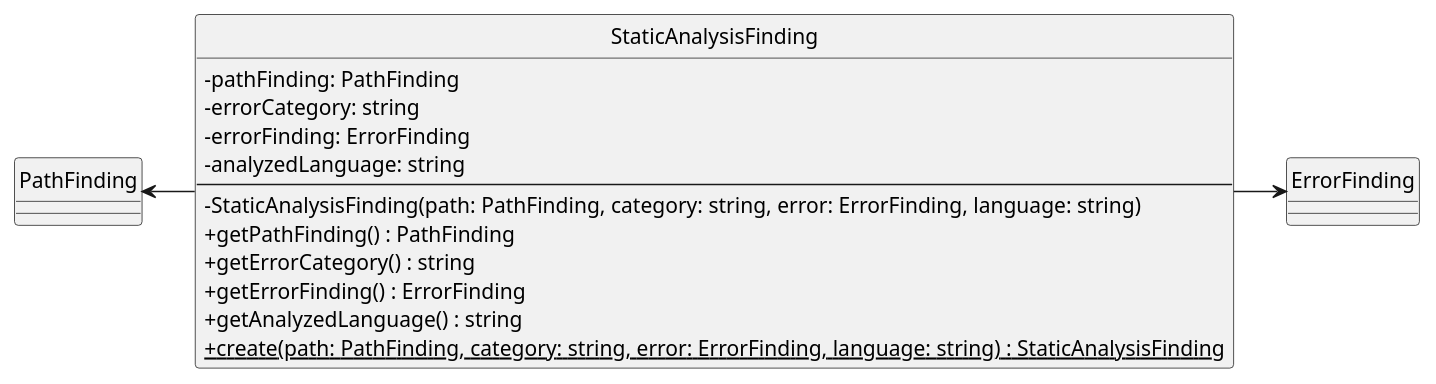
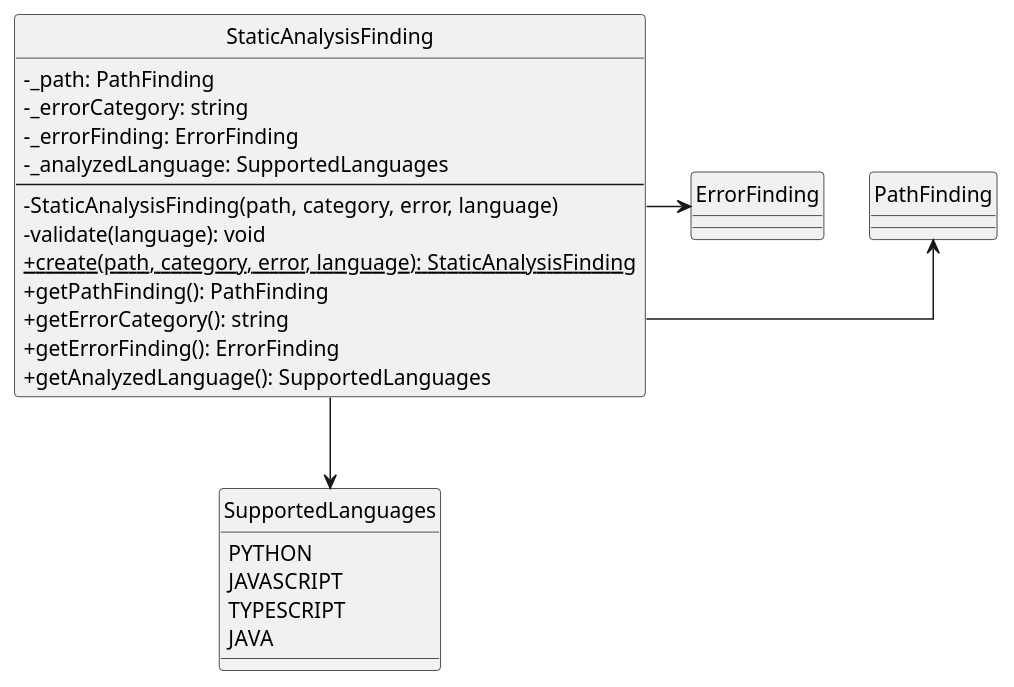
One commit to SkarabGroup/DocumentazioneProgetto changed the diagram in assets/st_diagrams/code/plantuml/analysis/domain/valueObjects/staticAnalysisFinding.vo.plantuml. Above: the diagram before and after it, drawn with PlantUML. The commit also changed 88 other files, not shown here.

```diff
--- a/assets/st_diagrams/code/plantuml/analysis/domain/valueObjects/staticAnalysisFinding.vo.plantuml
+++ b/assets/st_diagrams/code/plantuml/analysis/domain/valueObjects/staticAnalysisFinding.vo.plantuml
@@ -1,26 +1,34 @@
 @startuml StaticAnalysisFinding
-
 skinparam componentStyle uml2.5
 skinparam linetype ortho
-skinparam nodesep auto
-skinparam ranksep 70
+skinparam nodesep 30
+skinparam ranksep 30
 skinparam ClassAttributeIconSize 0
 hide circles
 
-class StaticAnalysisFinding {
-    - pathFinding: PathFinding
-    - errorCategory: string
-    - errorFinding: ErrorFinding
-    - analyzedLanguage: string
-    ---
-    - StaticAnalysisFinding(path: PathFinding, category: string, error: ErrorFinding, language: string)
-    + getPathFinding() : PathFinding
-    + getErrorCategory() : string
-    + getErrorFinding() : ErrorFinding
-    + getAnalyzedLanguage() : string
-    + {static} create(path: PathFinding, category: string, error: ErrorFinding, language: string) : StaticAnalysisFinding
+enum SupportedLanguages {
+    PYTHON
+    JAVASCRIPT
+    TYPESCRIPT
+    JAVA
 }
 
-StaticAnalysisFinding --left--> PathFinding
-StaticAnalysisFinding --right--> ErrorFinding
+class StaticAnalysisFinding {
+    - _path: PathFinding
+    - _errorCategory: string
+    - _errorFinding: ErrorFinding
+    - _analyzedLanguage: SupportedLanguages
+    ---
+    - StaticAnalysisFinding(path, category, error, language)
+    - validate(language): void
+    + {static} create(path, category, error, language): StaticAnalysisFinding
+    + getPathFinding(): PathFinding
+    + getErrorCategory(): string
+    + getErrorFinding(): ErrorFinding
+    + getAnalyzedLanguage(): SupportedLanguages
+}
+
+StaticAnalysisFinding --right-> PathFinding
+StaticAnalysisFinding --right-> ErrorFinding
+StaticAnalysisFinding --down-> SupportedLanguages
 @enduml
```
